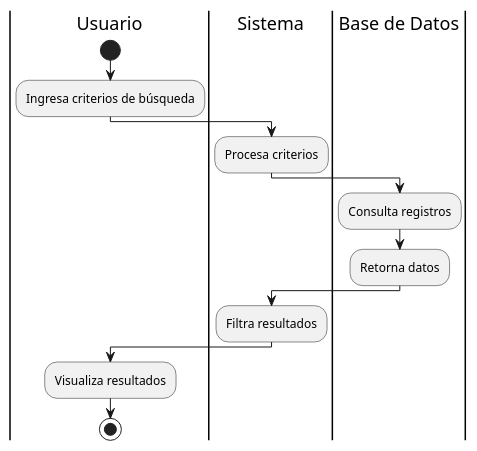
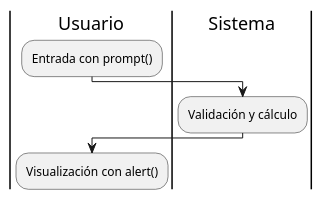
The fourth of 5 diagrams in docs/05-diagramas/01-diagrama-de-actividades/diagramas-doc.md (GonzaloBarbano/E-commerce), drawn with PlantUML before and after one commit. The commit also changed other lines of this file and 11 other files, not shown here.

````diff
--- a/docs/05-diagramas/01-diagrama-de-actividades/diagramas-doc.md
+++ b/docs/05-diagramas/01-diagrama-de-actividades/diagramas-doc.md
@@ -416,19 +198,10 @@
-```puml
+```plantuml
 |Usuario|
-start
-:Ingresa criterios de búsqueda;
+:Entrada con prompt();
 
 |Sistema|
-:Procesa criterios;
-
-|Base de Datos|
-:Consulta registros;
-:Retorna datos;
-
-|Sistema|
-:Filtra resultados;
+:Validación y cálculo;
 
 |Usuario|
-:Visualiza resultados;
-stop
+:Visualización con alert();
 ```
````
